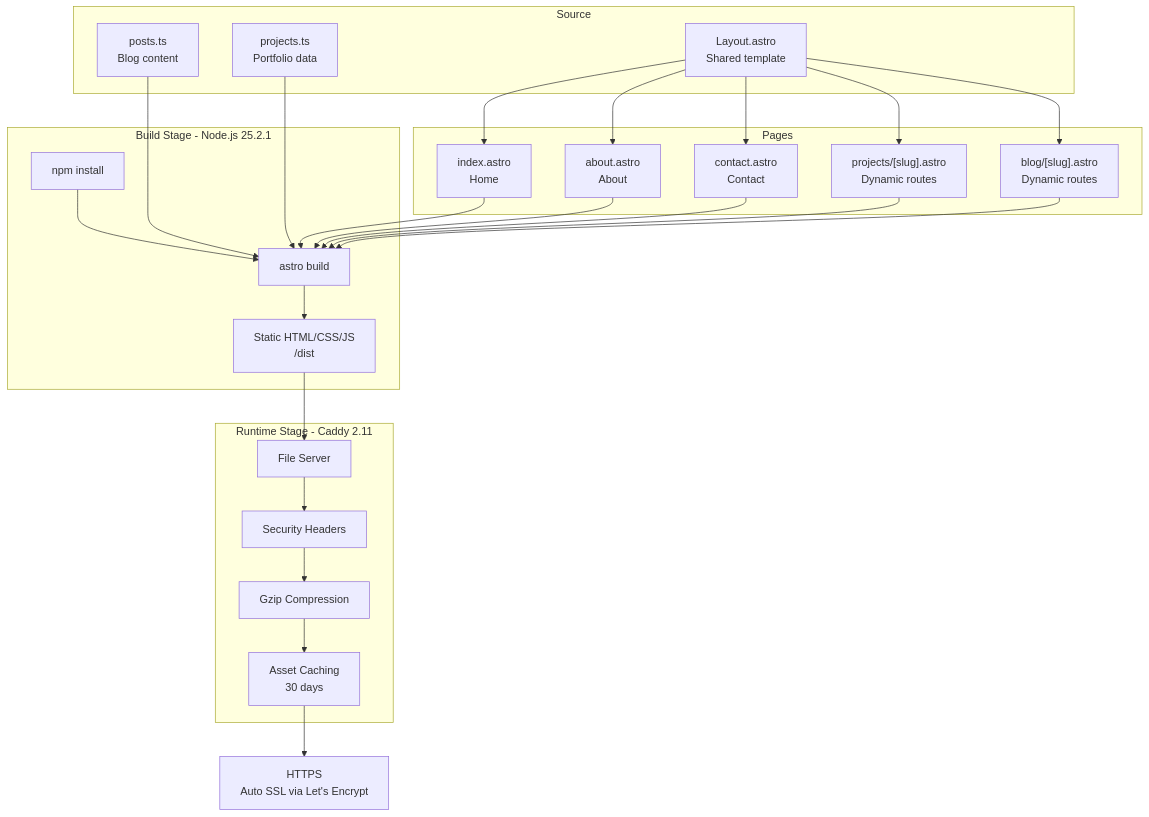
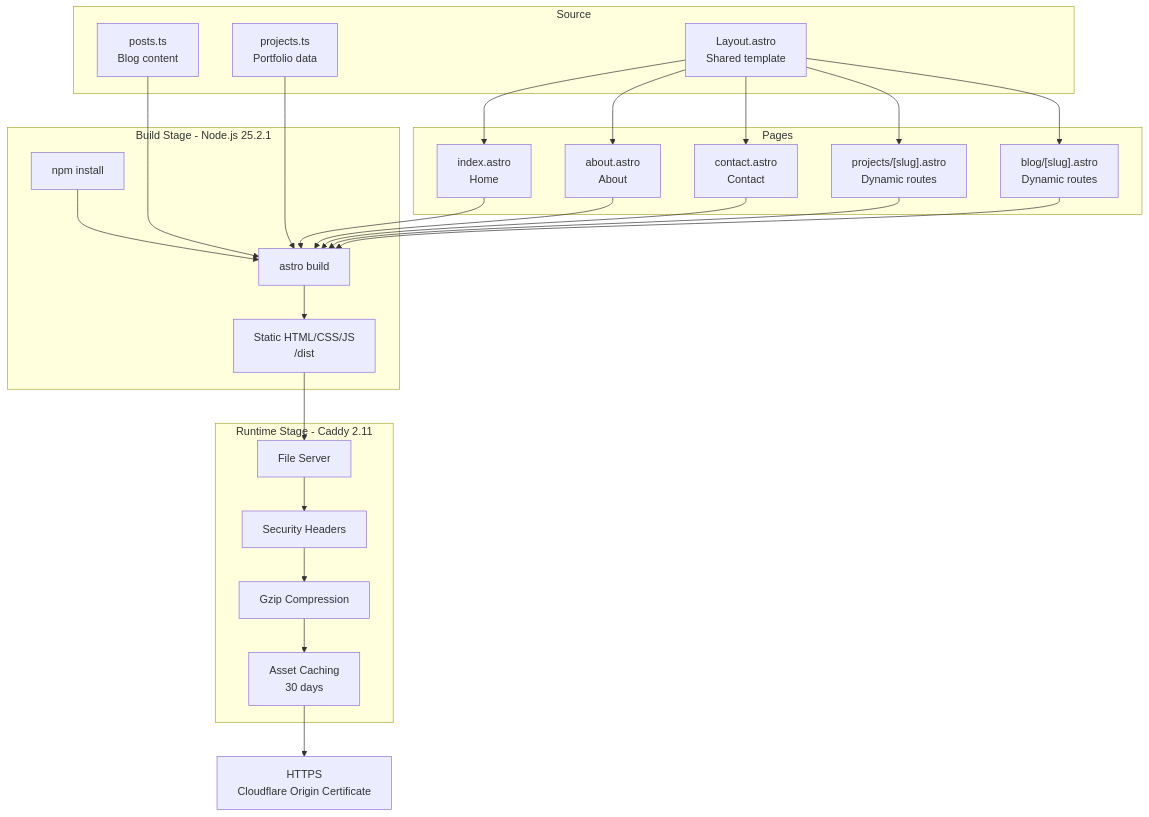
The diagram in README.md (GabrielPalmar/Website), drawn with Mermaid before and after one commit. The commit also changed other lines of this file and 3 other files, not shown here.

````diff
--- a/README.md
+++ b/README.md
@@ -34,36 +34,36 @@
 ```mermaid
 graph TB
     subgraph "Source"
         A[posts.ts<br/>Blog content]
         B[projects.ts<br/>Portfolio data]
         C[Layout.astro<br/>Shared template]
     end
 
     subgraph "Build Stage - Node.js 25.2.1"
         D[npm install]
         D --> E[astro build]
         E --> F[Static HTML/CSS/JS<br/>/dist]
     end
 
     subgraph "Runtime Stage - Caddy 2.11"
         F --> G[File Server]
         G --> H[Security Headers]
         H --> I[Gzip Compression]
         I --> J[Asset Caching<br/>30 days]
     end
 
     subgraph "Pages"
         K[index.astro<br/>Home]
         L[about.astro<br/>About]
         M[contact.astro<br/>Contact]
         N["projects/[slug].astro<br/>Dynamic routes"]
         O["blog/[slug].astro<br/>Dynamic routes"]
     end
 
     A --> E
     B --> E
     C --> K & L & M & N & O
     K & L & M & N & O --> E
 
-    J --> P[HTTPS<br/>Auto SSL via Let's Encrypt]
+    J --> P[HTTPS<br/>Cloudflare Origin Certificate]
 ```
````
